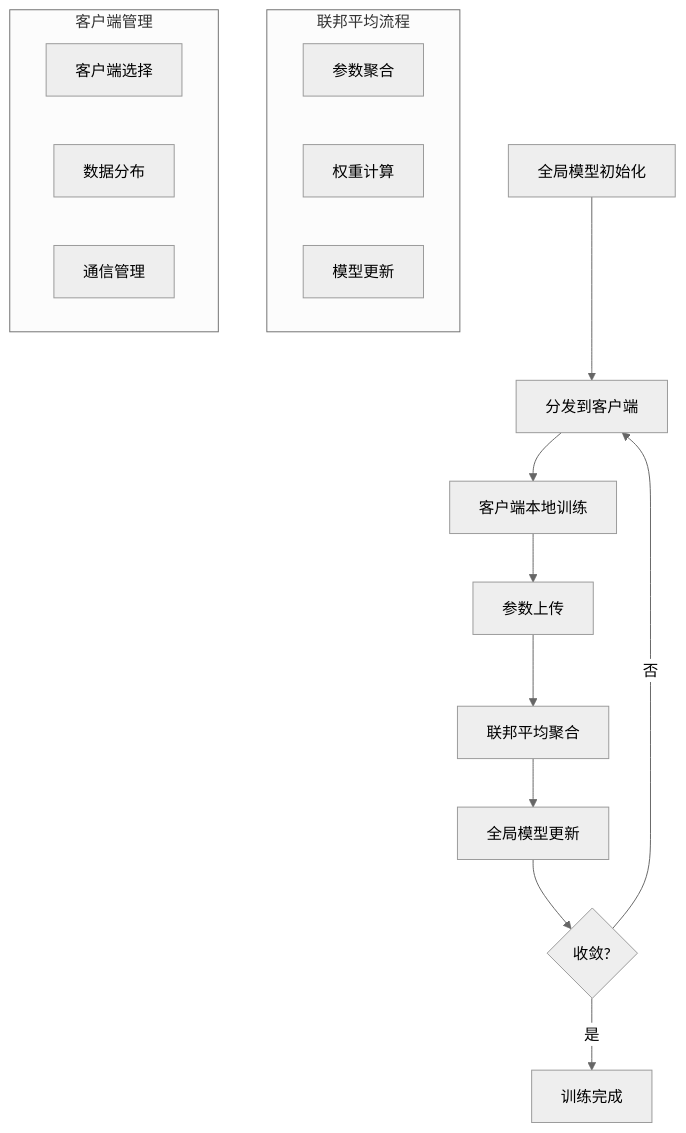
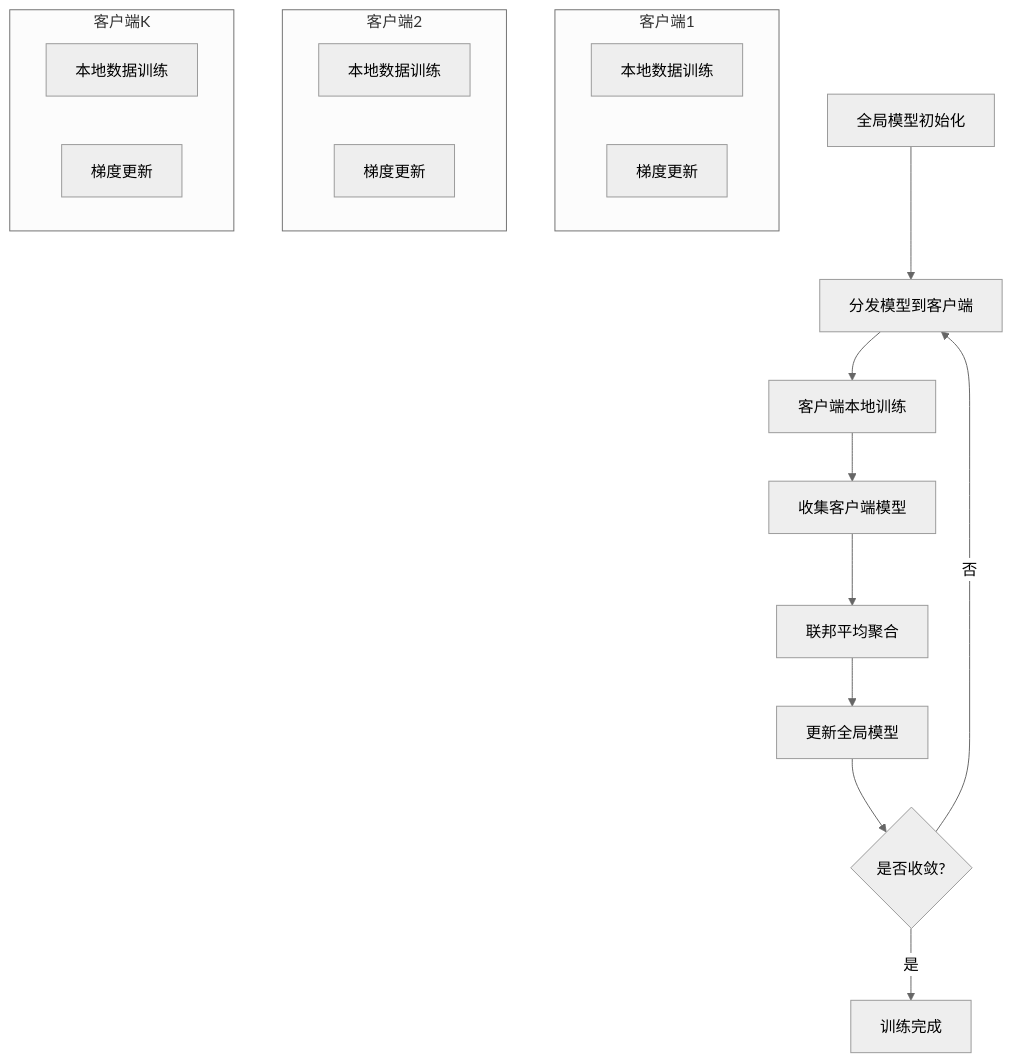
Before and after one commit to AdaMartin18010/FormalModel: the diagram in docs/09-实现示例/通用示例/FEDERATED_LEARNING_MULTI_REPRESENTATION.md, drawn with Mermaid (neutral theme). The commit also changed other lines of this file and 7 other files, not shown here.

````diff
--- a/docs/09-实现示例/通用示例/FEDERATED_LEARNING_MULTI_REPRESENTATION.md
+++ b/docs/09-实现示例/通用示例/FEDERATED_LEARNING_MULTI_REPRESENTATION.md
@@ -49,23 +33,26 @@
 ```mermaid
 graph TD
-    A[全局模型初始化] --> B[分发到客户端]
+    A[全局模型初始化] --> B[分发模型到客户端]
     B --> C[客户端本地训练]
-    C --> D[参数上传]
+    C --> D[收集客户端模型]
     D --> E[联邦平均聚合]
-    E --> F[全局模型更新]
-    F --> G{收敛?}
+    E --> F[更新全局模型]
+    F --> G{是否收敛?}
     G -->|否| B
     G -->|是| H[训练完成]
     
-    subgraph "联邦平均流程"
-        I[参数聚合]
-        J[权重计算]
-        K[模型更新]
+    subgraph "客户端1"
+        C1[本地数据训练]
+        C2[梯度更新]
     end
     
-    subgraph "客户端管理"
-        L[客户端选择]
-        M[数据分布]
-        N[通信管理]
+    subgraph "客户端2"
+        C3[本地数据训练]
+        C4[梯度更新]
+    end
+    
+    subgraph "客户端K"
+        C5[本地数据训练]
+        C6[梯度更新]
     end
 ```
````
